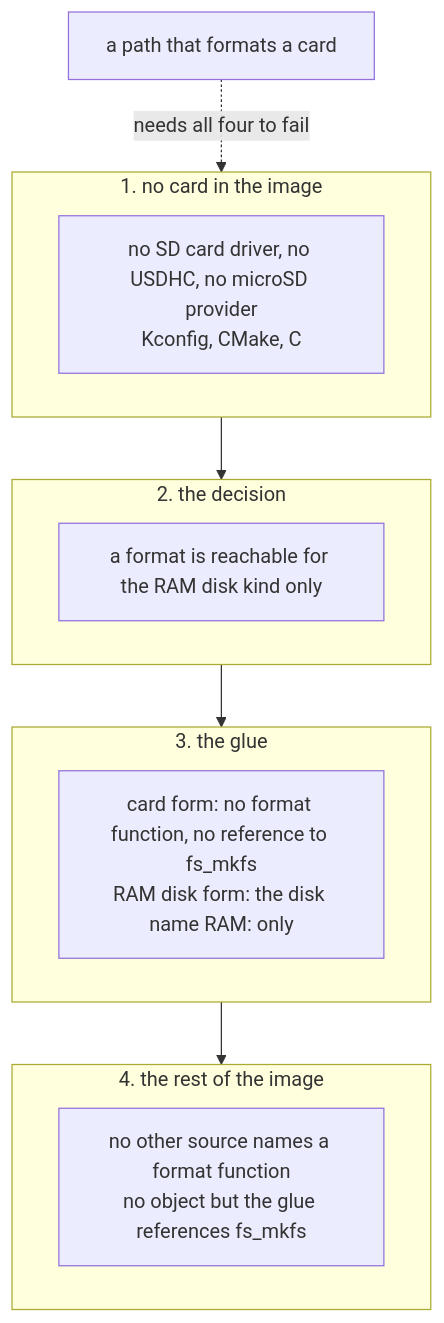
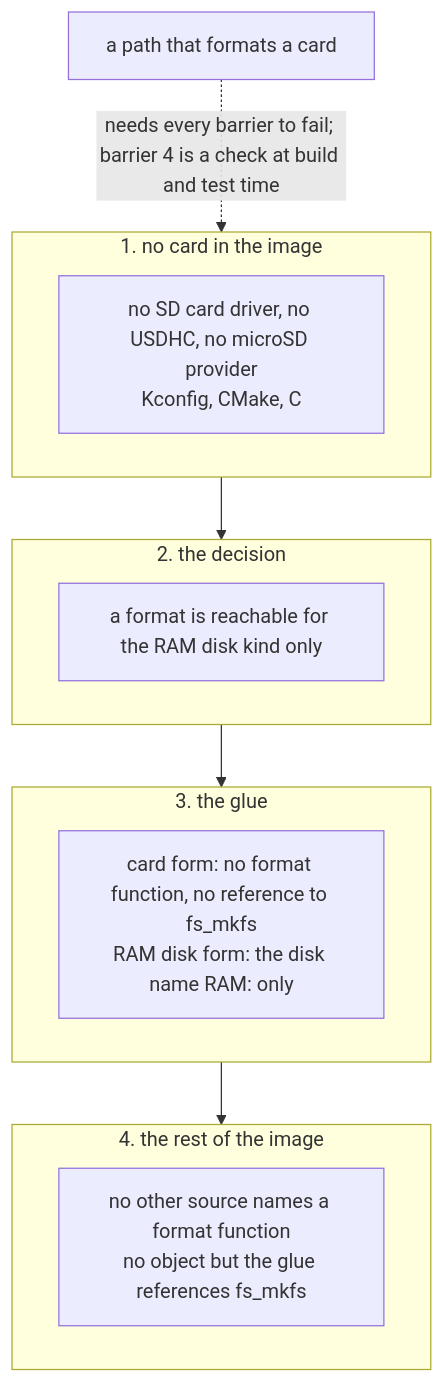
One commit to wonny-labs/crux-pilot changed the third of 3 diagrams in docs/rt1060-bench-file-backend.md. Above: the diagram before and after it, drawn with Mermaid. The commit also changed other lines of this file and 8 other files, not shown here.

````diff
--- a/docs/rt1060-bench-file-backend.md
+++ b/docs/rt1060-bench-file-backend.md
@@ -67,17 +67,17 @@
 ```mermaid
 flowchart TB
     subgraph b1["1. no card in the image"]
         k["no SD card driver, no USDHC, no microSD provider<br/>Kconfig, CMake, C"]
     end
     subgraph b2["2. the decision"]
         d["a format is reachable for the RAM disk kind only"]
     end
     subgraph b3["3. the glue"]
         g["card form: no format function, no reference to fs_mkfs<br/>RAM disk form: the disk name RAM: only"]
     end
     subgraph b4["4. the rest of the image"]
         s["no other source names a format function<br/>no object but the glue references fs_mkfs"]
     end
     b1 --> b2 --> b3 --> b4
-    x["a path that formats a card"] -. "needs all four to fail" .-> b1
+    x["a path that formats a card"] -. "needs every barrier to fail; barrier 4 is a check at build and test time" .-> b1
 ```
````
